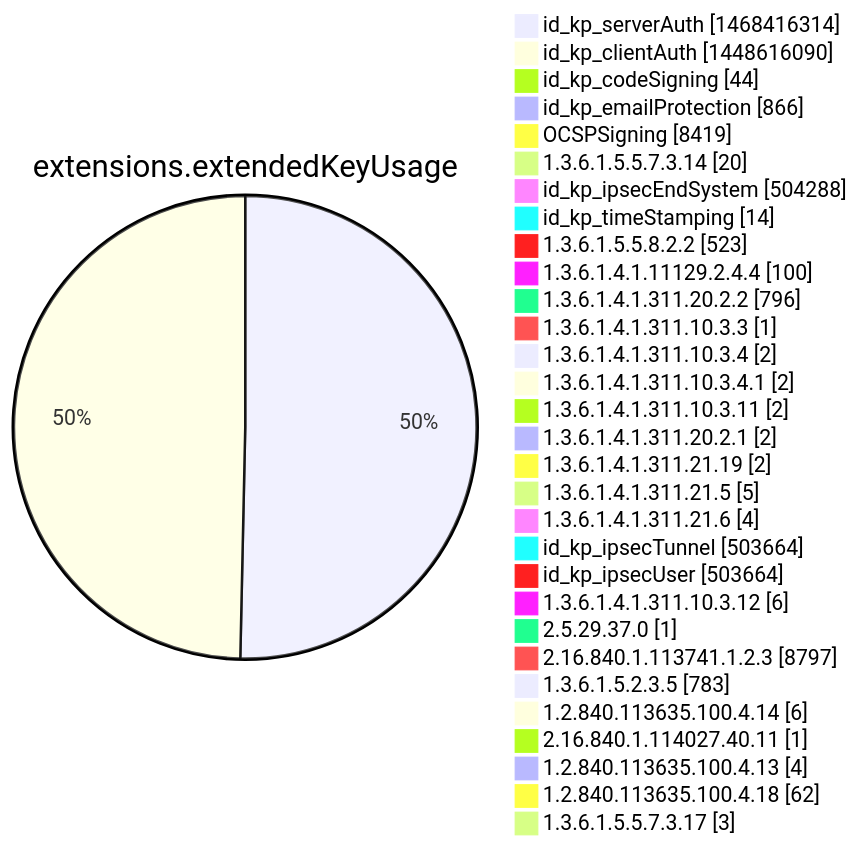
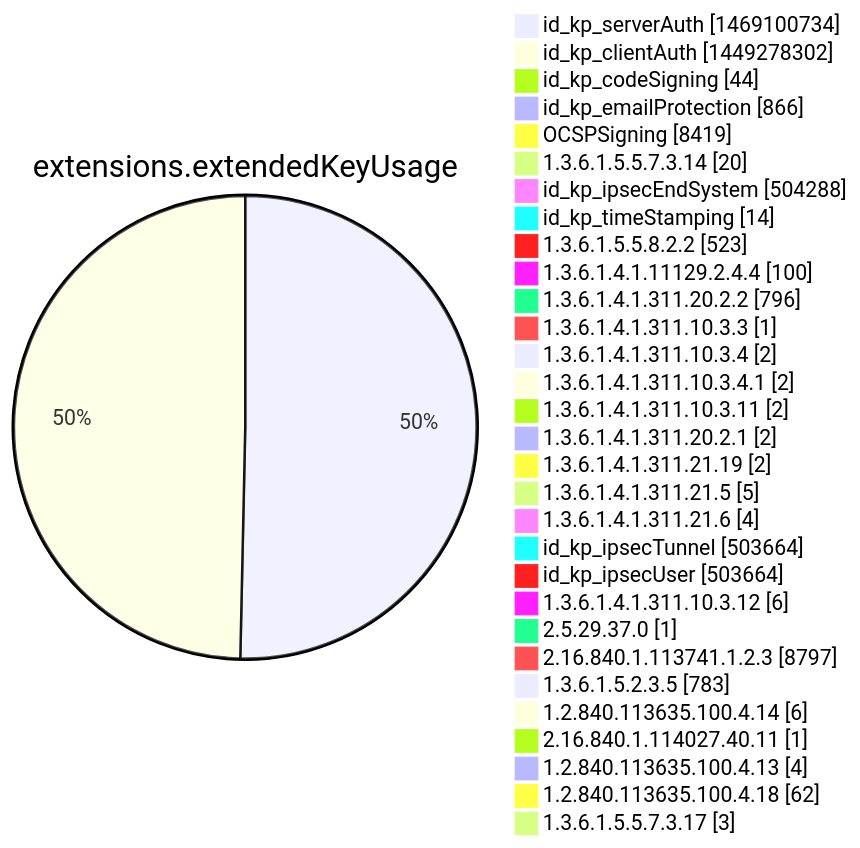
Before and after one commit to christiankrug/ctmonitor_visualization: diagram 12 of 15 in argon2022/README.md, drawn with Mermaid. The commit also changed other lines of this file, not shown here.

````diff
--- a/argon2022/README.md
+++ b/argon2022/README.md
@@ -3555,34 +3555,34 @@
 ```mermaid
 pie showData
 title extensions.extendedKeyUsage
-"id_kp_serverAuth" :1468416314
-"id_kp_clientAuth" :1448616090
+"id_kp_serverAuth" :1469100734
+"id_kp_clientAuth" :1449278302
 "id_kp_codeSigning" :44
 "id_kp_emailProtection" :866
 "OCSPSigning" :8419
 "1.3.6.1.5.5.7.3.14" :20
 "id_kp_ipsecEndSystem" :504288
 "id_kp_timeStamping" :14
 "1.3.6.1.5.5.8.2.2" :523
 "1.3.6.1.4.1.11129.2.4.4" :100
 "1.3.6.1.4.1.311.20.2.2" :796
 "1.3.6.1.4.1.311.10.3.3" :1
 "1.3.6.1.4.1.311.10.3.4" :2
 "1.3.6.1.4.1.311.10.3.4.1" :2
 "1.3.6.1.4.1.311.10.3.11" :2
 "1.3.6.1.4.1.311.20.2.1" :2
 "1.3.6.1.4.1.311.21.19" :2
 "1.3.6.1.4.1.311.21.5" :5
 "1.3.6.1.4.1.311.21.6" :4
 "id_kp_ipsecTunnel" :503664
 "id_kp_ipsecUser" :503664
 "1.3.6.1.4.1.311.10.3.12" :6
 "2.5.29.37.0" :1
 "2.16.840.1.113741.1.2.3" :8797
 "1.3.6.1.5.2.3.5" :783
 "1.2.840.113635.100.4.14" :6
 "2.16.840.1.114027.40.11" :1
 "1.2.840.113635.100.4.13" :4
 "1.2.840.113635.100.4.18" :62
 "1.3.6.1.5.5.7.3.17" :3
 ```
````
